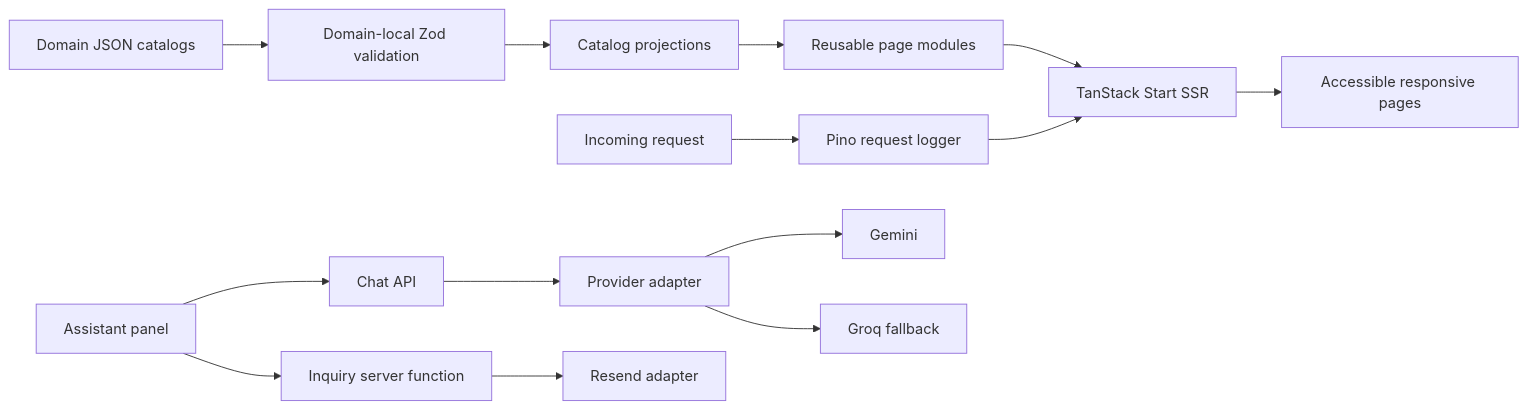
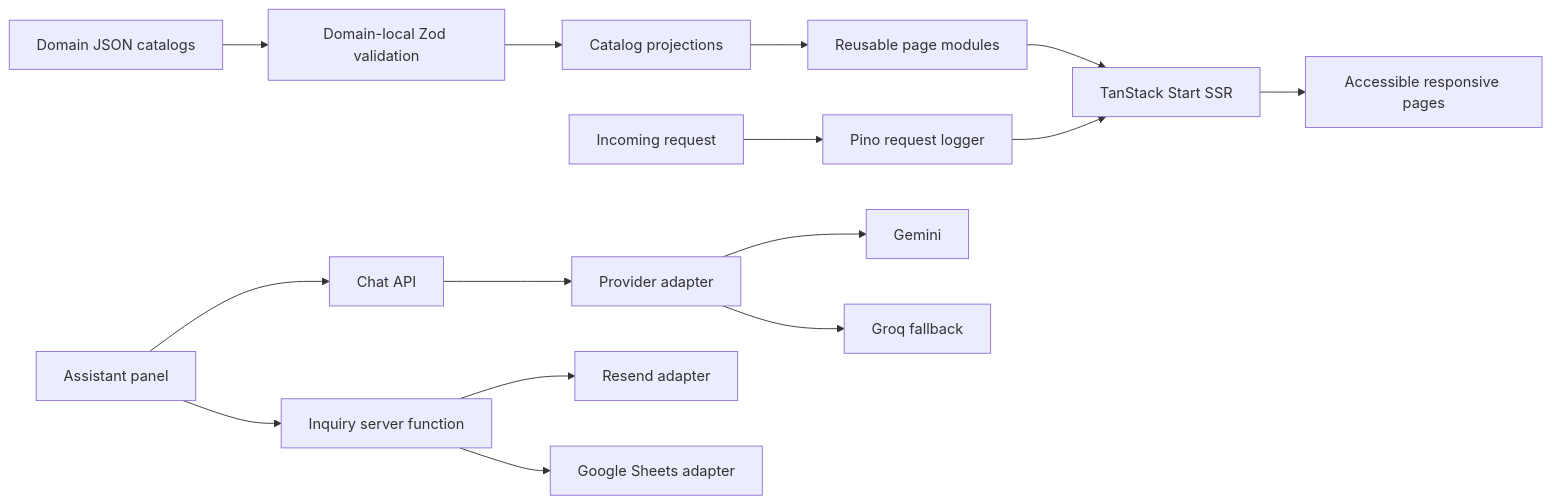
The diagram in README.md (montasim/v2), drawn with Mermaid before and after one commit. The commit also changed other lines of this file and 13 other files, not shown here.

````diff
--- a/README.md
+++ b/README.md
@@ -91,16 +97,17 @@
 ```mermaid
 flowchart LR
     A[Domain JSON catalogs] --> B[Domain-local Zod validation]
     B --> C[Catalog projections]
     C --> D[Reusable page modules]
     D --> E[TanStack Start SSR]
     E --> H[Accessible responsive pages]
     F[Incoming request] --> G[Pino request logger]
     G --> E
     I[Assistant panel] --> J[Chat API]
     J --> K[Provider adapter]
     K --> L[Gemini]
     K --> M[Groq fallback]
     I --> N[Inquiry server function]
     N --> O[Resend adapter]
+    N --> P[Google Sheets adapter]
 ```
````
